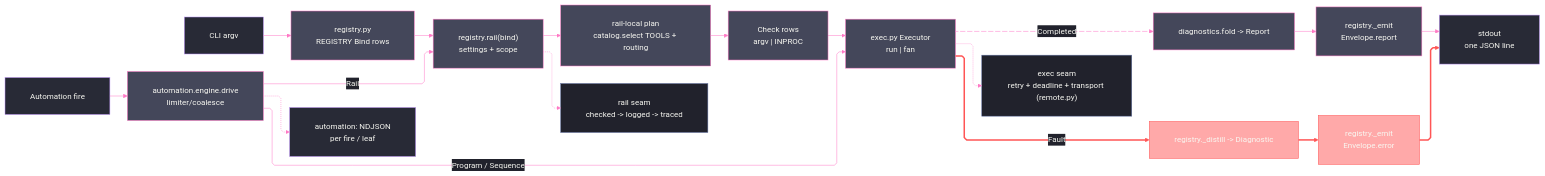
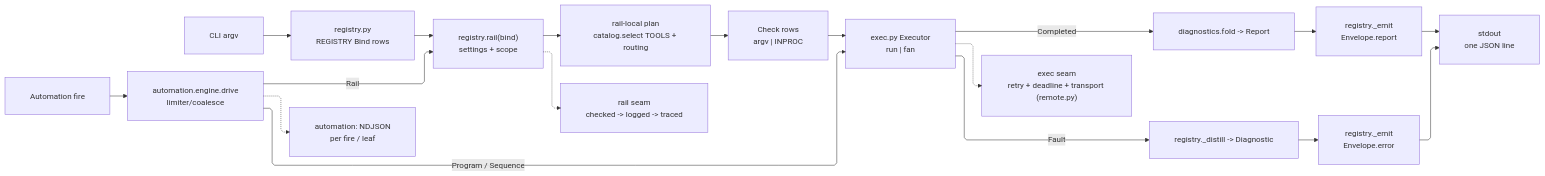
Before and after one commit to bsamiee/Rasm: the diagram in tools/assay/README.md, drawn with Mermaid. The commit also changed 324 other files, not shown here.

````diff
--- a/tools/assay/README.md
+++ b/tools/assay/README.md
@@ -25,60 +25,34 @@
 ```mermaid
 ---
 config:
-  theme: base
-  look: classic
   layout: elk
   flowchart:
     curve: linear
     padding: 25
-  themeVariables:
-    darkMode: true
-    fontFamily: "SF Mono, Menlo, Cascadia Mono, Segoe UI Mono, Consolas, monospace"
-    useGradient: false
-    dropShadow: "none"
-    background: "#282A36"
-    primaryColor: "#44475A"
-    primaryTextColor: "#F8F8F2"
-    primaryBorderColor: "#BD93F9"
-    lineColor: "#FF79C6"
-    textColor: "#F8F8F2"
-    edgeLabelBackground: "#21222C"
-    labelBackgroundColor: "#21222C"
-  themeCSS: ".nodeLabel{font-size:13px;font-weight:500}.edgeLabel{font-size:12px;font-weight:500}.cluster-label .nodeLabel{font-size:13.5px;font-weight:700;letter-spacing:.08em}.edge-thickness-normal{stroke-width:2px}.edge-thickness-thick{stroke-width:3px}.edge-pattern-dashed,.edge-pattern-dotted{stroke-width:1.5px;stroke-dasharray:4 6}.node rect,.node circle,.node polygon,.node path,.node .outer-path{stroke-width:1.5px;filter:none!important}.cluster rect{stroke-width:1px!important;stroke-dasharray:5 4!important;filter:none!important}.marker path{transform:scale(.8);transform-origin:5px 5px}.marker circle{transform:scale(.48);transform-origin:5px 5px}.edgeLabel rect{transform-box:fill-box;transform-origin:center;transform:scale(1.1,1.2)}"
 ---
 flowchart LR
   accTitle: Assay orchestration boundary
   accDescr: CLI commands and automation fires enter rail or program execution, rail handlers select catalog tools and route inputs into Check rows, the Executor port returns Completed receipts or Faults, and emit writes Report or error Envelopes to stdout.
 
   cli["CLI argv"] --> registry["registry.py<br/>REGISTRY Bind rows"]
   registry --> rail["registry.rail(bind)<br/>settings + scope"]
   auto["Automation fire"] --> drive["automation.engine.drive<br/>limiter/coalesce"]
   drive -->|"Rail"| rail
   drive -->|"Program / Sequence"| executor
 
   rail --> plan["rail-local plan<br/>catalog.select TOOLS + routing"]
   plan --> checks["Check rows<br/>argv | INPROC"]
   checks --> executor["exec.py Executor<br/>run | fan"]
 
   executor received@-->|"Completed"| fold["diagnostics.fold -> Report"]
   executor -->|"Fault"| distill["registry._distill -> Diagnostic"]
   fold --> emit["registry._emit<br/>Envelope.report"]
   distill --> emitError["registry._emit<br/>Envelope.error"]
   emit --> stdout["stdout<br/>one JSON line"]
   emitError --> stdout
   drive -.-> ndjson["automation: NDJSON<br/>per fire / leaf"]
 
   rail -.-> railAspect["rail seam<br/>checked -> logged -> traced"]
   executor -.-> execAspect["exec seam<br/>retry + deadline + transport (remote.py)"]
 
-  received@{ animate: true }
-  linkStyle 9,11,13 stroke:#FF5555,stroke-width:3px,color:#F8F8F2
-  classDef boundary fill:#282A36,stroke:#BD93F9,color:#F8F8F2
-  classDef primary fill:#44475A,stroke:#FF79C6,color:#F8F8F2
-  classDef error fill:#FF555580,stroke:#FF5555,color:#F8F8F2
-  classDef annotation fill:#21222C,stroke:#6272A4,color:#F8F8F2
-  class cli,auto,stdout,ndjson boundary
-  class registry,rail,drive,plan,checks,executor,fold,emit primary
-  class distill,emitError error
-  class railAspect,execAspect annotation
 ```
````
